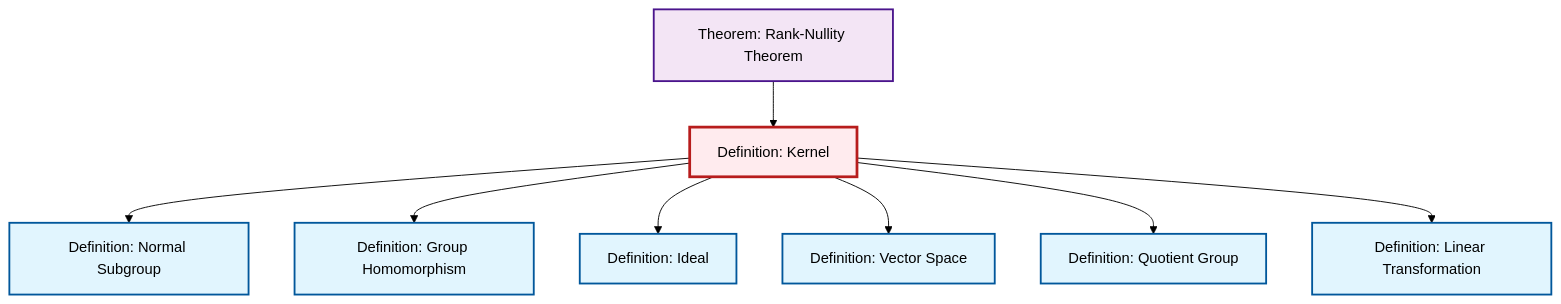
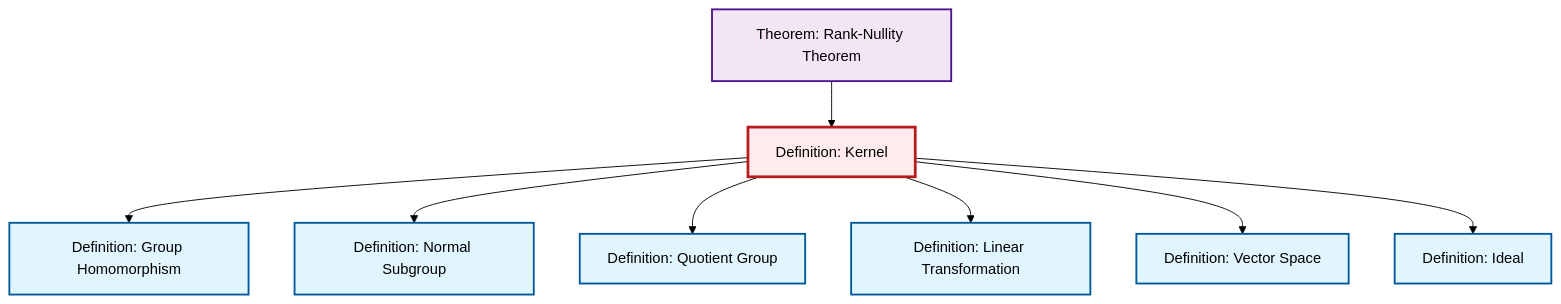
Before and after one commit to RK0429/ModernMath: the diagram in content/en/algebra/def-kernel.qmd, drawn with Mermaid (forest theme). The commit also changed other lines of this file and 474 other files, not shown here.

````diff
--- a/content/en/algebra/def-kernel.qmd
+++ b/content/en/algebra/def-kernel.qmd
@@ -79,32 +79,32 @@
 ```{mermaid}
 %%| fig-cap: "Local dependency graph"
 graph TD
     classDef definition fill:#e1f5fe,stroke:#01579b,stroke-width:2px
     classDef theorem fill:#f3e5f5,stroke:#4a148c,stroke-width:2px
     classDef axiom fill:#fff3e0,stroke:#e65100,stroke-width:2px
     classDef example fill:#e8f5e9,stroke:#1b5e20,stroke-width:2px
     classDef current fill:#ffebee,stroke:#b71c1c,stroke-width:3px
+    def-ideal["Definition: Ideal"]:::definition
+    def-quotient-group["Definition: Quotient Group"]:::definition
     def-linear-transformation["Definition: Linear Transformation"]:::definition
+    def-kernel["Definition: Kernel"]:::definition
+    def-vector-space["Definition: Vector Space"]:::definition
+    def-normal-subgroup["Definition: Normal Subgroup"]:::definition
+    thm-rank-nullity["Theorem: Rank-Nullity Theorem"]:::theorem
     def-homomorphism["Definition: Group Homomorphism"]:::definition
-    def-kernel["Definition: Kernel"]:::definition
-    def-normal-subgroup["Definition: Normal Subgroup"]:::definition
-    def-quotient-group["Definition: Quotient Group"]:::definition
-    thm-rank-nullity["Theorem: Rank-Nullity Theorem"]:::theorem
-    def-vector-space["Definition: Vector Space"]:::definition
-    def-ideal["Definition: Ideal"]:::definition
+    def-kernel --> def-homomorphism
     def-kernel --> def-normal-subgroup
-    def-kernel --> def-homomorphism
-    def-kernel --> def-ideal
-    thm-rank-nullity --> def-kernel
-    def-kernel --> def-vector-space
     def-kernel --> def-quotient-group
     def-kernel --> def-linear-transformation
+    def-kernel --> def-vector-space
+    thm-rank-nullity --> def-kernel
+    def-kernel --> def-ideal
     class def-kernel current
+    click def-ideal "def-ideal.html" "Go to Ideal definition"
+    click def-quotient-group "def-quotient-group.html" "Go to Quotient Group definition"
     click def-linear-transformation "def-linear-transformation.html" "Go to Linear Transformation definition"
+    click def-vector-space "def-vector-space.html" "Go to Vector Space definition"
+    click def-normal-subgroup "def-normal-subgroup.html" "Go to Normal Subgroup definition"
+    click thm-rank-nullity "thm-rank-nullity.html" "Go to Rank-Nullity Theorem theorem"
     click def-homomorphism "def-homomorphism.html" "Go to Group Homomorphism definition"
-    click def-normal-subgroup "def-normal-subgroup.html" "Go to Normal Subgroup definition"
-    click def-quotient-group "def-quotient-group.html" "Go to Quotient Group definition"
-    click thm-rank-nullity "thm-rank-nullity.html" "Go to Rank-Nullity Theorem theorem"
-    click def-vector-space "def-vector-space.html" "Go to Vector Space definition"
-    click def-ideal "def-ideal.html" "Go to Ideal definition"
 ```
````
